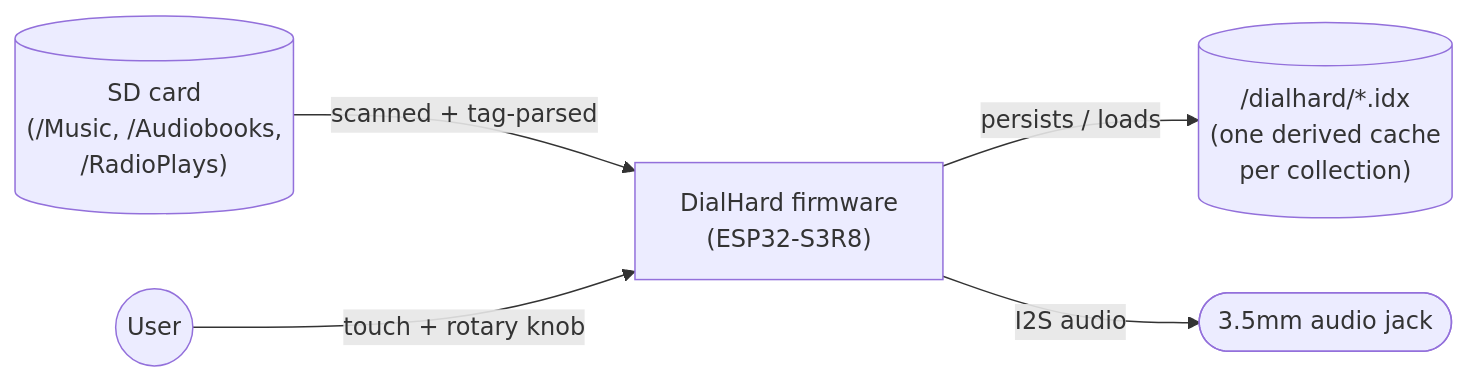
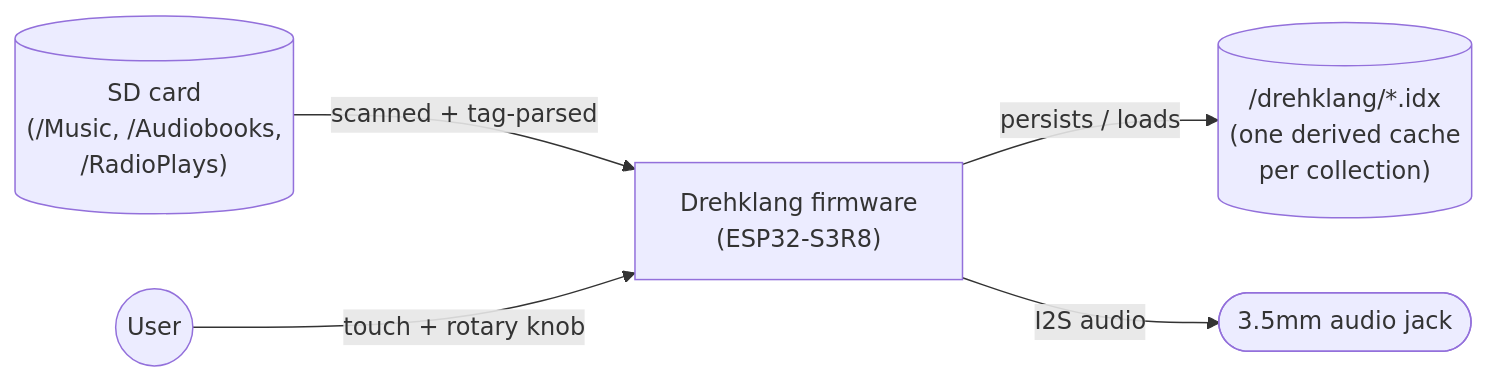
One commit to bjblazko/drehklang changed the first of 6 diagrams in docs/arc42/arc42.md. Above: the diagram before and after it, drawn with Mermaid. The commit also changed other lines of this file and 227 other files, not shown here.

First line of the commit message:
Rename the product from DialHard to Drehklang

````diff
--- a/docs/arc42/arc42.md
+++ b/docs/arc42/arc42.md
@@ -62,13 +62,13 @@
 ```mermaid
 flowchart LR
     SD[("SD card\n(/Music, /Audiobooks,\n/RadioPlays)")]
-    FW["DialHard firmware\n(ESP32-S3R8)"]
-    Cache[("/dialhard/*.idx\n(one derived cache\nper collection)")]
+    FW["Drehklang firmware\n(ESP32-S3R8)"]
+    Cache[("/drehklang/*.idx\n(one derived cache\nper collection)")]
     User(("User"))
     Jack(["3.5mm audio jack"])
 
     SD -- "scanned + tag-parsed" --> FW
     FW -- "persists / loads" --> Cache
     User -- "touch + rotary knob" --> FW
     FW -- "I2S audio" --> Jack
 ```
````
